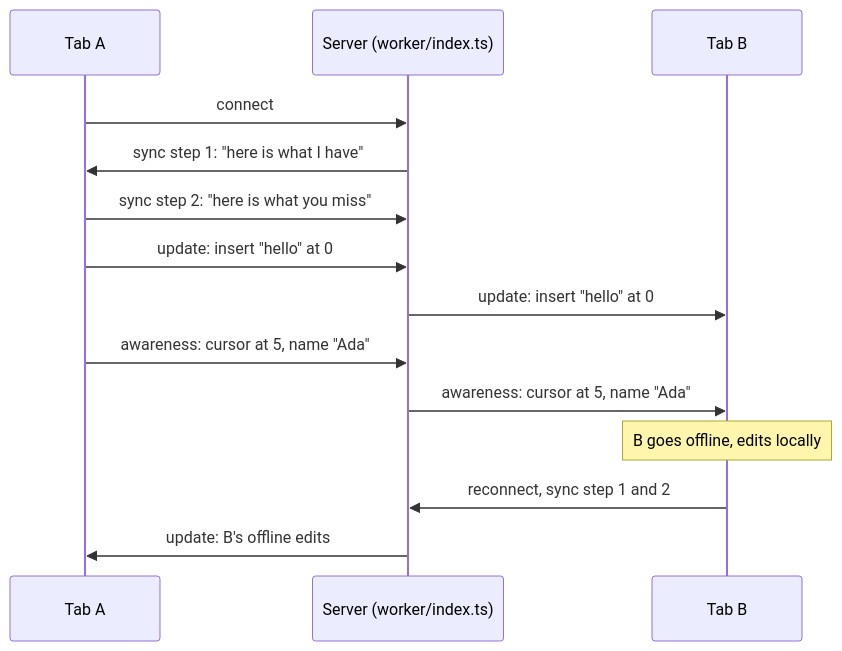
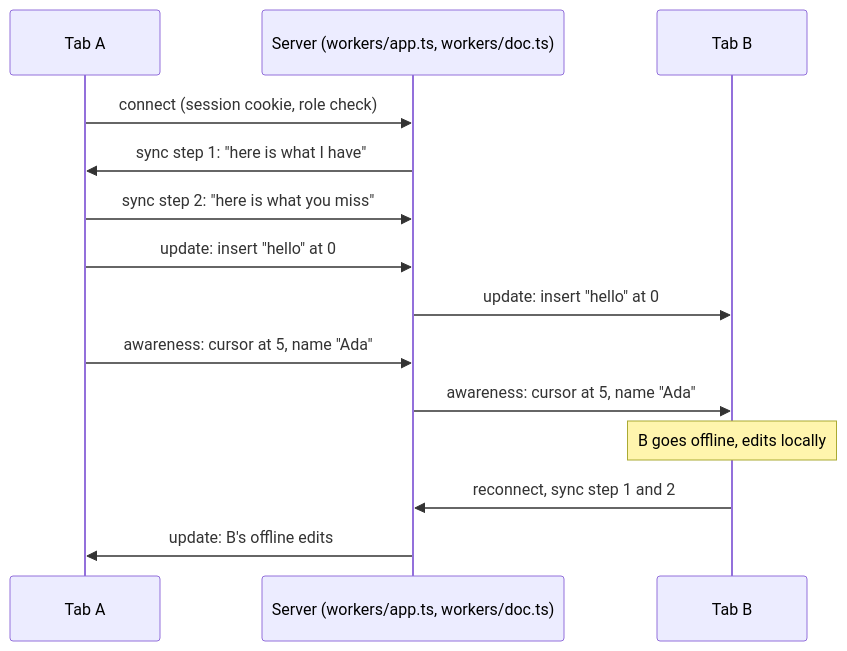
The diagram in README.md (ulot2/cowrite), drawn with Mermaid before and after one commit. The commit also changed other lines of this file and 32 other files, not shown here.

````diff
--- a/README.md
+++ b/README.md
@@ -29,16 +32,16 @@
 ```mermaid
 sequenceDiagram
     participant A as Tab A
-    participant S as Server (worker/index.ts)
+    participant S as Server (workers/app.ts, workers/doc.ts)
     participant B as Tab B
-    A->>S: connect
+    A->>S: connect (session cookie, role check)
     S->>A: sync step 1: "here is what I have"
     A->>S: sync step 2: "here is what you miss"
     A->>S: update: insert "hello" at 0
     S->>B: update: insert "hello" at 0
     A->>S: awareness: cursor at 5, name "Ada"
     S->>B: awareness: cursor at 5, name "Ada"
     Note over B: B goes offline, edits locally
     B->>S: reconnect, sync step 1 and 2
     S->>A: update: B's offline edits
 ```
````
